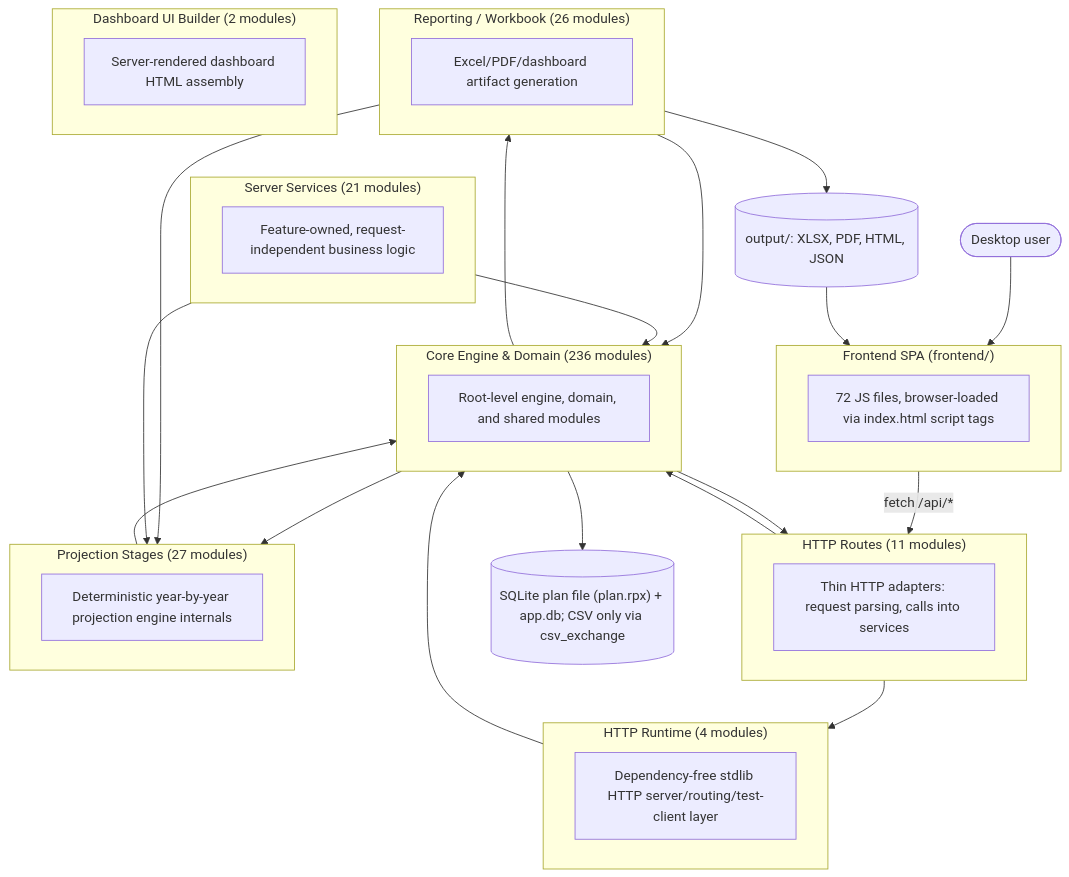
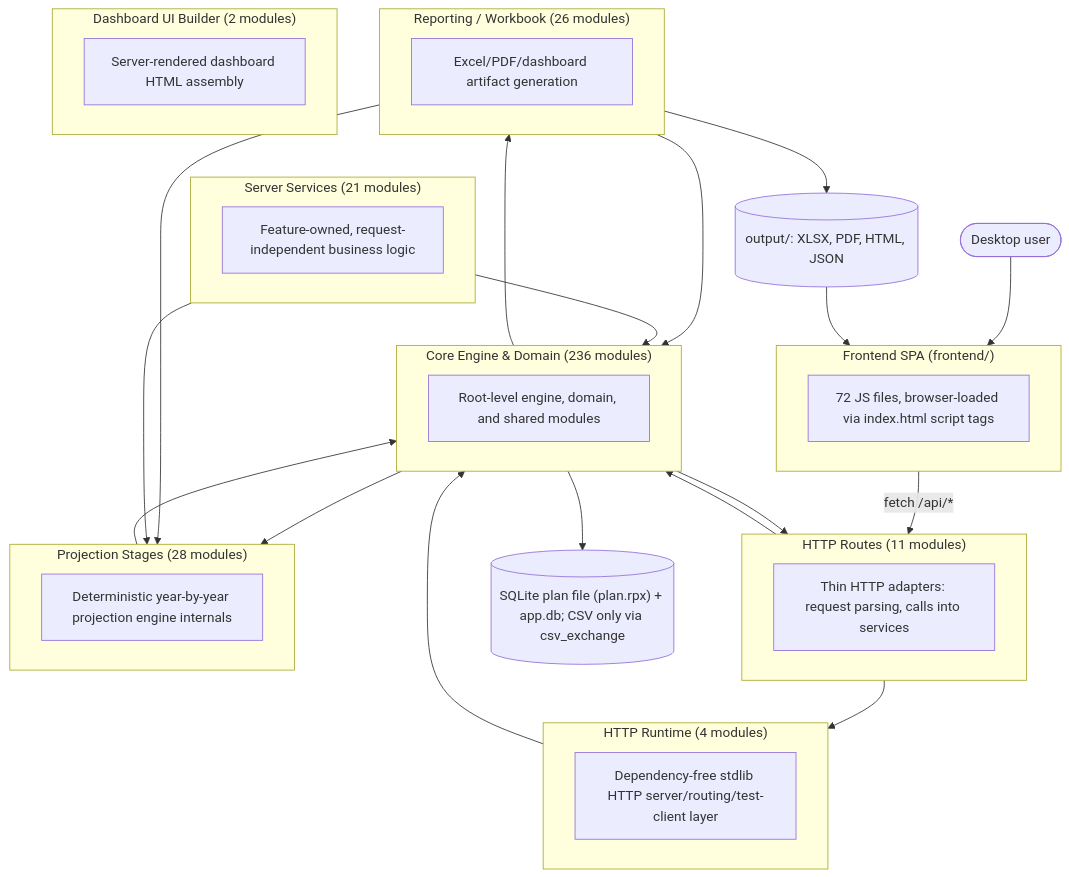
One commit to matthartzman/retirement_system changed the first of 2 diagrams in documentation/reference/SYSTEM_ARCHITECTURE_DIAGRAM.md. Above: the diagram before and after it, drawn with Mermaid. The commit also changed other lines of this file and 6 other files, not shown here.

````diff
--- a/documentation/reference/SYSTEM_ARCHITECTURE_DIAGRAM.md
+++ b/documentation/reference/SYSTEM_ARCHITECTURE_DIAGRAM.md
@@ -11,43 +11,43 @@
 ```mermaid
 flowchart TB
     User(["Desktop user"]) --> FE
     subgraph FE["Frontend SPA (frontend/)"]
         FEcount["72 JS files, browser-loaded via index.html script tags"]
     end
     FE -->|fetch /api/*| L_HTTP_Routes
     subgraph L_HTTP_Routes["HTTP Routes (11 modules)"]
         L_HTTP_Routes_d["Thin HTTP adapters: request parsing, calls into services"]
     end
     subgraph L_Server_Services["Server Services (21 modules)"]
         L_Server_Services_d["Feature-owned, request-independent business logic"]
     end
     subgraph L_HTTP_Runtime["HTTP Runtime (4 modules)"]
         L_HTTP_Runtime_d["Dependency-free stdlib HTTP server/routing/test-client layer"]
     end
     subgraph L_Core_Engine___Domain["Core Engine & Domain (236 modules)"]
         L_Core_Engine___Domain_d["Root-level engine, domain, and shared modules"]
     end
-    subgraph L_Projection_Stages["Projection Stages (27 modules)"]
+    subgraph L_Projection_Stages["Projection Stages (28 modules)"]
         L_Projection_Stages_d["Deterministic year-by-year projection engine internals"]
     end
     subgraph L_Reporting___Workbook["Reporting / Workbook (26 modules)"]
         L_Reporting___Workbook_d["Excel/PDF/dashboard artifact generation"]
     end
     subgraph L_Dashboard_UI_Builder["Dashboard UI Builder (2 modules)"]
         L_Dashboard_UI_Builder_d["Server-rendered dashboard HTML assembly"]
     end
     L_Core_Engine___Domain --> L_HTTP_Routes
     L_Core_Engine___Domain --> L_Projection_Stages
     L_Core_Engine___Domain --> L_Reporting___Workbook
     L_HTTP_Routes --> L_Core_Engine___Domain
     L_HTTP_Routes --> L_HTTP_Runtime
     L_HTTP_Runtime --> L_Core_Engine___Domain
     L_Projection_Stages --> L_Core_Engine___Domain
     L_Reporting___Workbook --> L_Core_Engine___Domain
     L_Reporting___Workbook --> L_Projection_Stages
     L_Server_Services --> L_Core_Engine___Domain
     L_Server_Services --> L_Projection_Stages
     L_Core_Engine___Domain --> DB[("SQLite plan file (plan.rpx) + app.db; CSV only via csv_exchange")]
     L_Reporting___Workbook --> Outputs[("output/: XLSX, PDF, HTML, JSON")]
     Outputs --> FE
 ```
````
